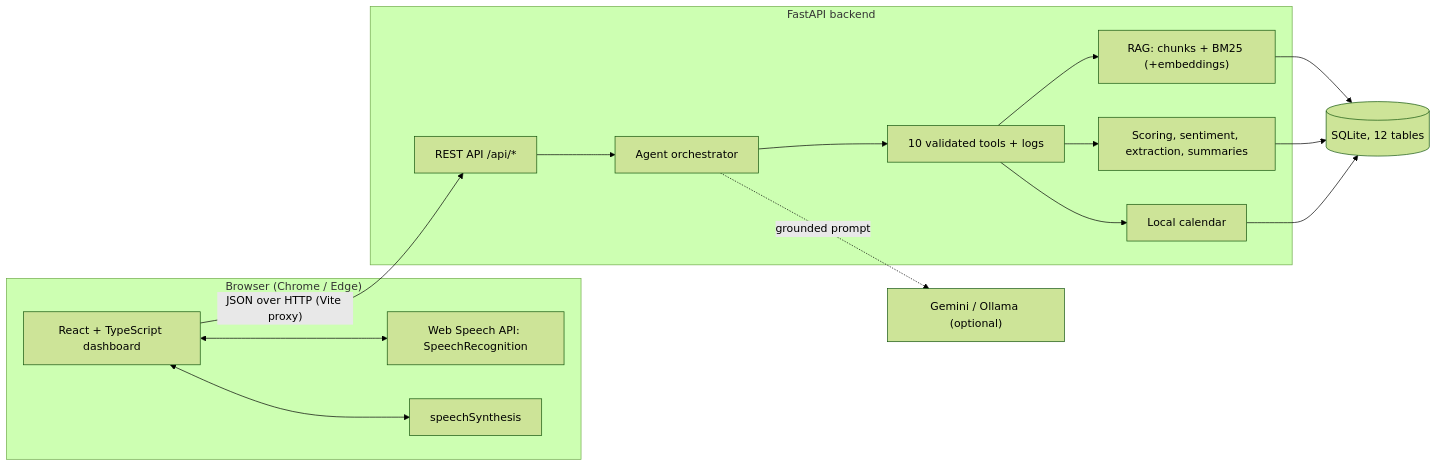
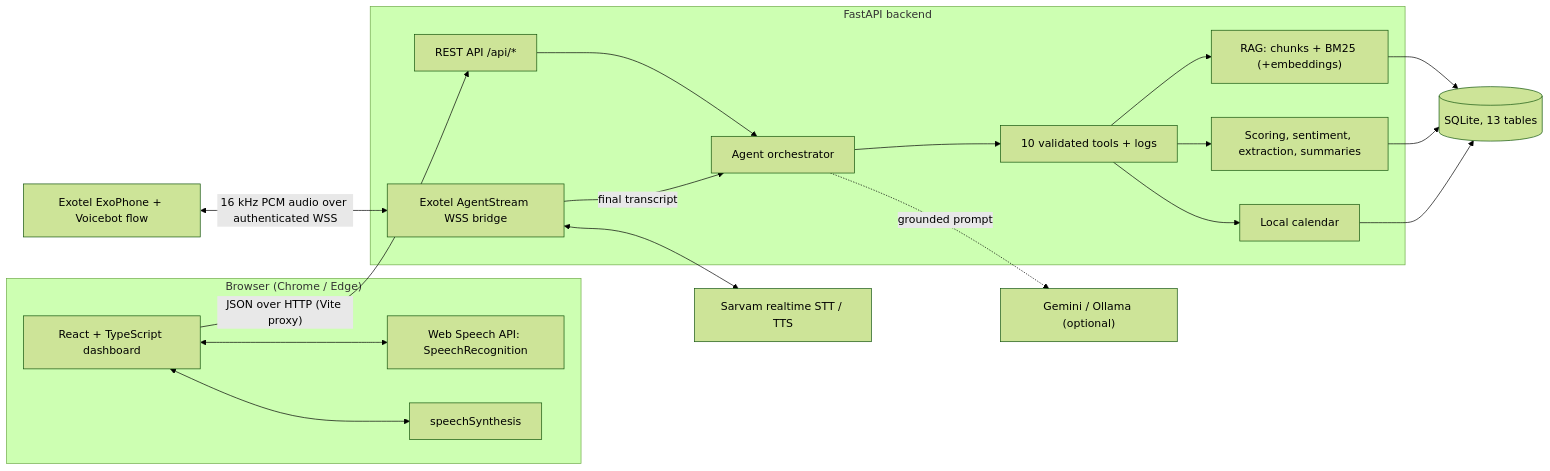
The first of 3 diagrams in docs/SYSTEM_ARCHITECTURE.md (kuldip49/VOICE_AI), drawn with Mermaid (forest theme) before and after one commit. The commit also changed other lines of this file and 30 other files, not shown here.

Commit message:
Add Exotel voice agent and call review features

````diff
--- a/docs/SYSTEM_ARCHITECTURE.md
+++ b/docs/SYSTEM_ARCHITECTURE.md
@@ -7,25 +7,31 @@
 ```mermaid
 flowchart LR
   subgraph Browser["Browser (Chrome / Edge)"]
     UI["React + TypeScript dashboard"]
     STT["Web Speech API: SpeechRecognition"]
     TTS["speechSynthesis"]
   end
   subgraph Backend["FastAPI backend"]
     API["REST API /api/*"]
+    STREAM["Exotel AgentStream WSS bridge"]
     AGENT["Agent orchestrator"]
     TOOLS["10 validated tools + logs"]
     RAG["RAG: chunks + BM25 (+embeddings)"]
     SCORE["Scoring, sentiment, extraction, summaries"]
     CAL["Local calendar"]
   end
-  DB[("SQLite, 12 tables")]
+  DB[("SQLite, 13 tables")]
   LLM["Gemini / Ollama (optional)"]
+  EXO["Exotel ExoPhone + Voicebot flow"]
+  SARVAM["Sarvam realtime STT / TTS"]
   UI <--> STT
   UI <--> TTS
   UI -- "JSON over HTTP (Vite proxy)" --> API --> AGENT --> TOOLS
   TOOLS --> RAG --> DB
   TOOLS --> SCORE --> DB
   TOOLS --> CAL --> DB
   AGENT -. "grounded prompt" .-> LLM
+  EXO <-->|"16 kHz PCM audio over authenticated WSS"| STREAM
+  STREAM <--> SARVAM
+  STREAM -->|"final transcript"| AGENT
 ```
````
